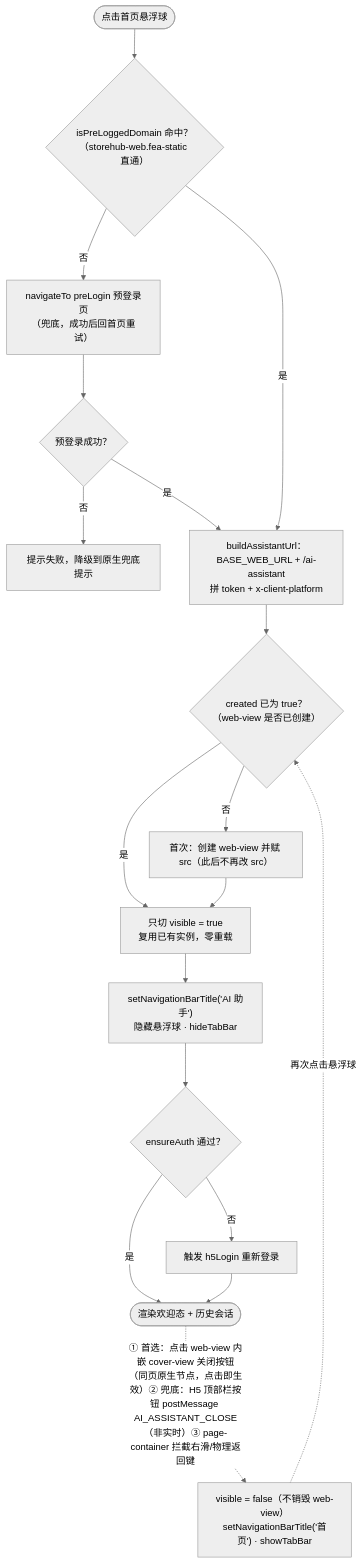
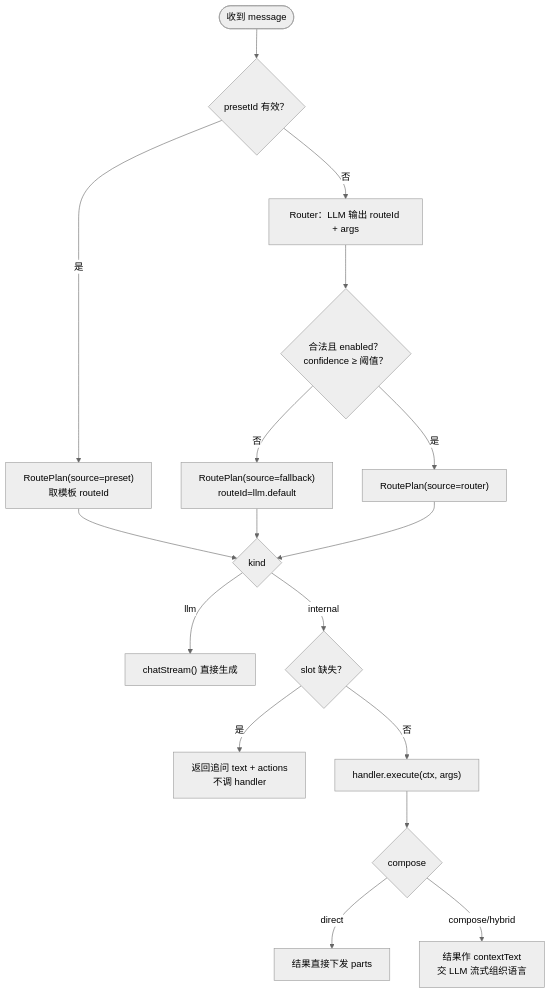
One commit to lixuanning/hubstoreTrellis changed the fourth of 10 diagrams in docs/百果AI助手-模块设计.md. Above: the diagram before and after it, drawn with Mermaid (neutral theme). The commit also changed other lines of this file and 1 other file, not shown here.

````diff
--- a/docs/百果AI助手-模块设计.md
+++ b/docs/百果AI助手-模块设计.md
@@ -176,19 +250,18 @@
 ```mermaid
 flowchart TD
-  Start([点击首页悬浮球]) --> Pre{"isPreLoggedDomain 命中？<br/>（storehub-web.fea-static 直通）"}
-  Pre -- 否 --> PreLogin["navigateTo preLogin 预登录页<br/>（兜底，成功后回首页重试）"]
-  PreLogin --> PreOK{"预登录成功？"}
-  PreOK -- 否 --> Fail["提示失败，降级到原生兜底提示"]
-  PreOK -- 是 --> Build
-  Pre -- 是 --> Build["buildAssistantUrl：BASE_WEB_URL + /ai-assistant<br/>拼 token + x-client-platform"]
-  Build --> Created{"created 已为 true？<br/>（web-view 是否已创建）"}
-  Created -- 否 --> Create["首次：创建 web-view 并赋 src（此后不再改 src）"]
-  Created -- 是 --> Show["只切 visible = true<br/>复用已有实例，零重载"]
-  Create --> Show
-  Show --> Nav["setNavigationBarTitle('AI 助手')<br/>隐藏悬浮球 · hideTabBar"]
-  Nav --> Auth{"ensureAuth 通过？"}
-  Auth -- 是 --> Ready([渲染欢迎态 + 历史会话])
-  Auth -- 否 --> Relogin["触发 h5Login 重新登录"] --> Ready
-  Ready -.->|"① 首选：点击 web-view 内嵌 cover-view 关闭按钮<br/>（同页原生节点，点击即生效）② 兜底：H5 顶部栏按钮 postMessage AI_ASSISTANT_CLOSE（非实时）③ page-container 拦截右滑/物理返回键"| Close["visible = false（不销毁 web-view）<br/>setNavigationBarTitle('首页') · showTabBar"]
-  Close -.->|"再次点击悬浮球"| Created
+  In([收到 message]) --> HasPreset{"presetId 有效？"}
+  HasPreset -- 是 --> P["RoutePlan(source=preset)<br/>取模板 routeId"]
+  HasPreset -- 否 --> R["Router：LLM 输出 routeId + args"]
+  R --> RValid{"合法且 enabled？<br/>confidence ≥ 阈值？"}
+  RValid -- 否 --> Fallback["RoutePlan(source=fallback)<br/>routeId=llm.default"]
+  RValid -- 是 --> Plan["RoutePlan(source=router)"]
+  P --> Branch{"kind"}
+  Fallback --> Branch
+  Plan --> Branch
+  Branch -- llm --> LLM["chatStream() 直接生成"]
+  Branch -- internal --> Slot{"slot 缺失？"}
+  Slot -- 是 --> Ask["返回追问 text + actions<br/>不调 handler"]
+  Slot -- 否 --> Handler["handler.execute(ctx, args)"] --> Compose{"compose"}
+  Compose -- direct --> Parts["结果直接下发 parts"]
+  Compose -- compose/hybrid --> LLM2["结果作 contextText<br/>交 LLM 流式组织语言"]
 ```
````
